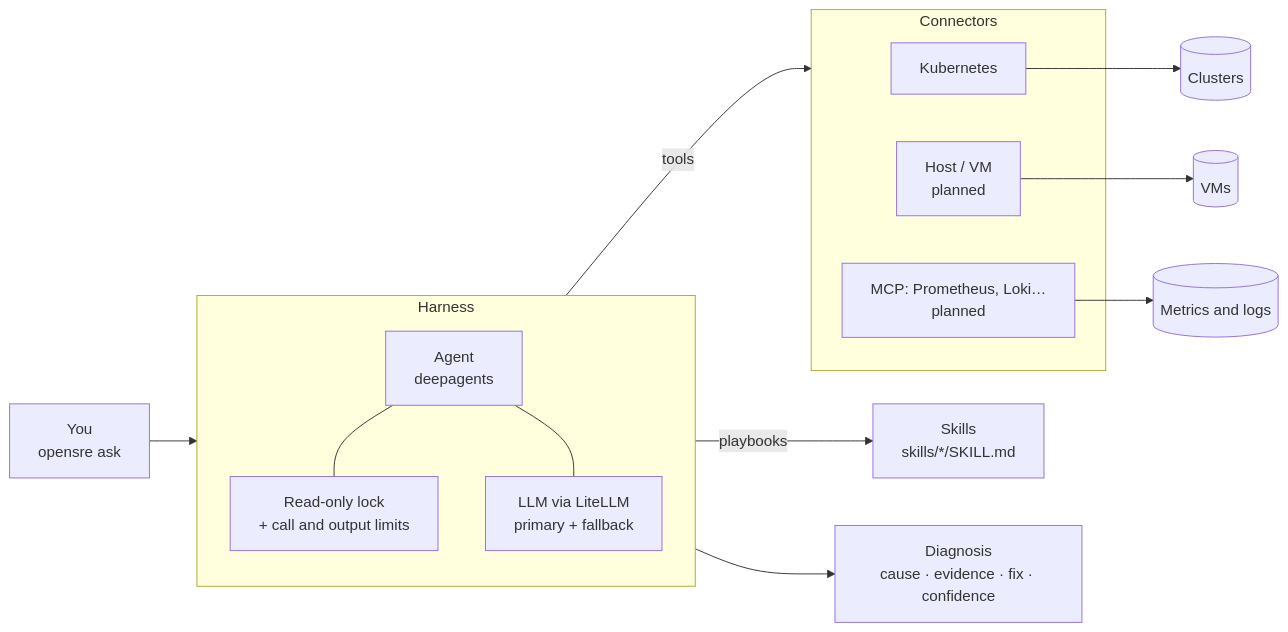
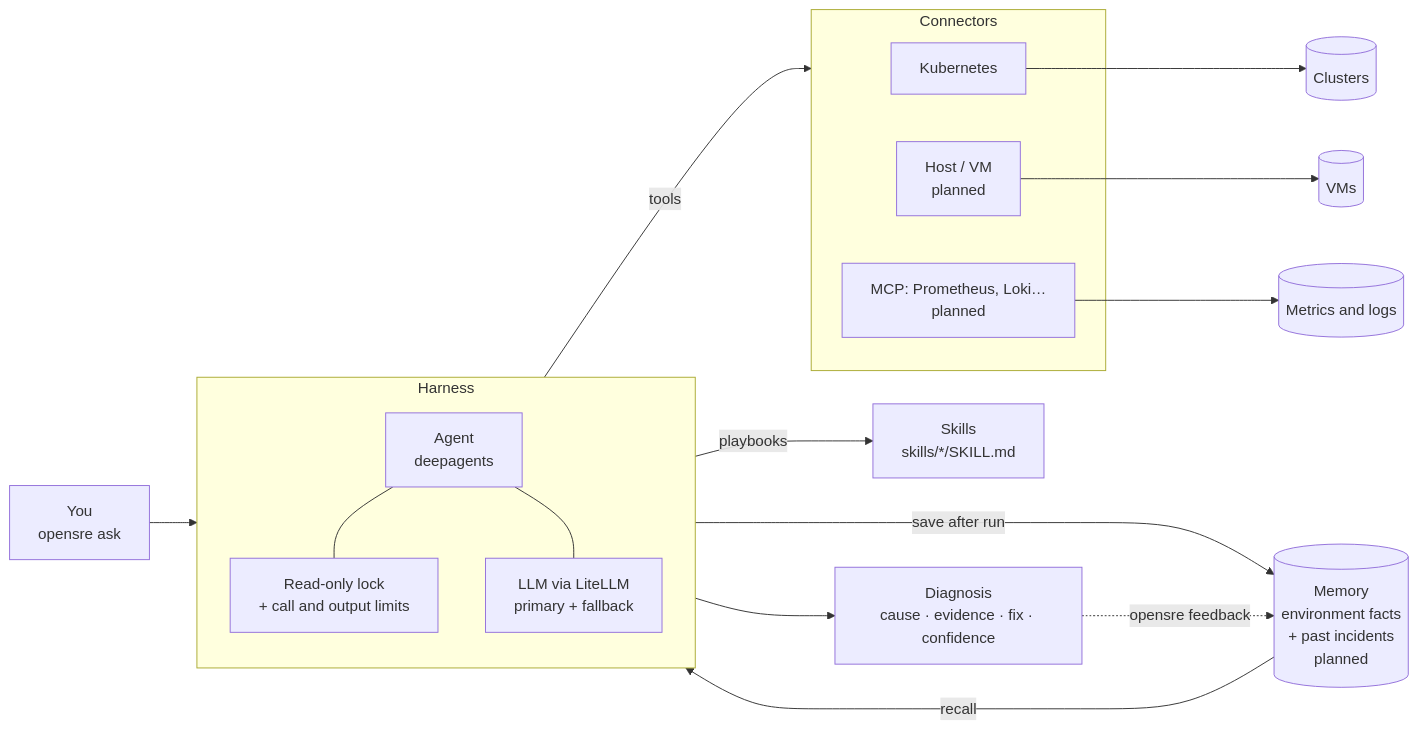
One commit to DevloperAmanSingh/sre-agent changed the diagram in README.md. Above: the diagram before and after it, drawn with Mermaid. The commit also changed other lines of this file, not shown here.

Commit message:
docs(readme): add memory to architecture diagram

````diff
--- a/README.md
+++ b/README.md
@@ -21,27 +21,30 @@
 ```mermaid
 flowchart LR
     U[You<br/>opensre ask] --> H
 
     subgraph H[Harness]
         A[Agent<br/>deepagents]
         L[Read-only lock<br/>+ call and output limits]
         M[LLM via LiteLLM<br/>primary + fallback]
         A --- L
         A --- M
     end
 
     H -->|tools| C
     H -->|playbooks| S[Skills<br/>skills/*/SKILL.md]
+    MEM[(Memory<br/>environment facts<br/>+ past incidents<br/>planned)] -->|recall| H
+    H -->|save after run| MEM
 
     subgraph C[Connectors]
         K[Kubernetes]
         V[Host / VM<br/>planned]
         P[MCP: Prometheus, Loki…<br/>planned]
     end
 
     K --> T1[(Clusters)]
     V --> T2[(VMs)]
     P --> T3[(Metrics and logs)]
 
     H --> D[Diagnosis<br/>cause · evidence · fix · confidence]
+    D -.->|opensre feedback| MEM
 ```
````
